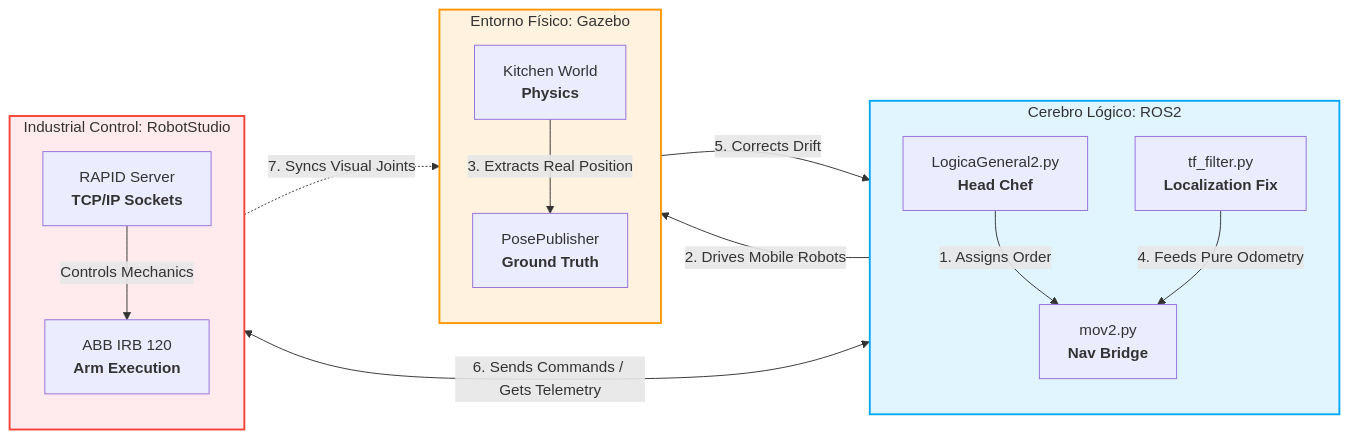
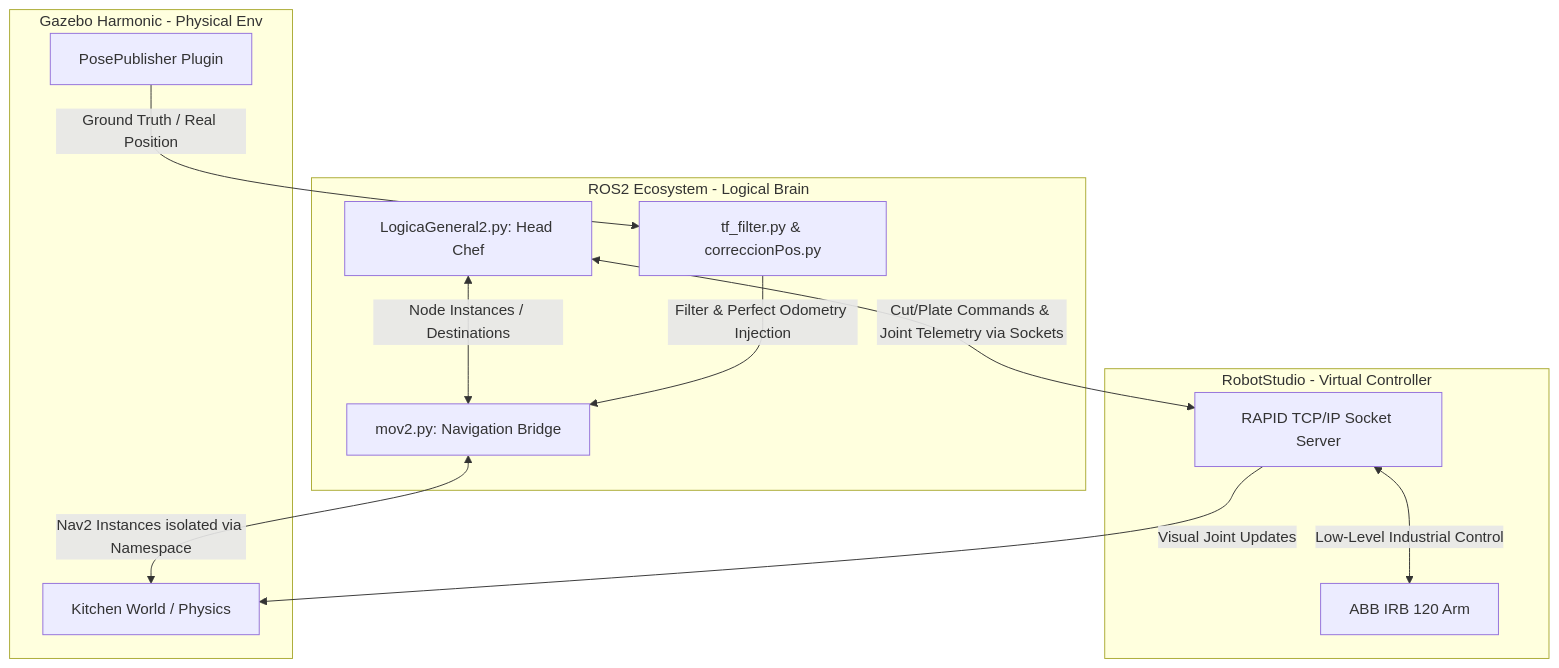
Before and after one commit to AlbertoPrats/Multiagent-Coordination-System-for-Robotic-Logistics: the diagram in README.md, drawn with Mermaid.

````diff
--- a/README.md
+++ b/README.md
@@ -97,40 +97,27 @@
-```mermaid
-graph LR
-    %% Main Blocks/Subgraphs
-    subgraph ROS2_Brain [Cerebro Lógico: ROS2]
-        direction TB
-        LG[LogicaGeneral2.py<br><b>Head Chef</b>]
-        M2[mov2.py<br><b>Nav Bridge</b>]
-        TF[tf_filter.py<br><b>Localization Fix</b>]
-        
-        LG -->|1. Assigns Order| M2
-        TF -->|4. Feeds Pure Odometry| M2
-    end
-
-    subgraph Simulation [Entorno Físico: Gazebo]
-        direction TB
-        GZ[Kitchen World<br><b>Physics</b>]
-        PP[PosePublisher<br><b>Ground Truth</b>]
-        
-        GZ -->|3. Extracts Real Position| PP
-    end
-
-    subgraph Industrial [Industrial Control: RobotStudio]
-        direction TB
-        RS[RAPID Server<br><b>TCP/IP Sockets</b>]
-        IRB[ABB IRB 120<br><b>Arm Execution</b>]
-        
-        RS -->|Controls Mechanics| IRB
-    end
-
-    %% Simple Inter-connections
-    M2 -->|2. Drives Mobile Robots| GZ
-    PP -->|5. Corrects Drift| TF
-    LG <-->|6. Sends Commands / Gets Telemetry| RS
-    RS -.->|7. Syncs Visual Joints| GZ
-
-    %% Visual Styling
-    style ROS2_Brain fill:#e1f5fe,stroke:#03a9f4,stroke-width:2px
-    style Simulation fill:#fff3e0,stroke:#ff9800,stroke-width:2px
-    style Industrial fill:#ffebee,stroke:#f44336,stroke-width:2px
+ ```mermaid
+    graph TD
+        subgraph ROS2 Ecosystem [ROS2 Ecosystem - Logical Brain]
+            LG[LogicaGeneral2.py: Head Chef]
+            M2[mov2.py: Navigation Bridge]
+            TF[tf_filter.py & correccionPos.py]
+        end
+    
+        subgraph Gazebo Simulator [Gazebo Harmonic - Physical Env]
+            GZ[Kitchen World / Physics]
+            PP[PosePublisher Plugin]
+        end
+    
+        subgraph ABB Environment [RobotStudio - Virtual Controller]
+            RS[RAPID TCP/IP Socket Server]
+            IRB[ABB IRB 120 Arm]
+        end
+    
+        %% Communication Flows
+        LG <-->|Node Instances / Destinations| M2
+        M2 <-->|Nav2 Instances isolated via Namespace| GZ
+        PP -->|Ground Truth / Real Position| TF
+        TF -->|Filter & Perfect Odometry Injection| M2
+        LG <-->|Cut/Plate Commands & Joint Telemetry via Sockets| RS
+        RS <-->|Low-Level Industrial Control| IRB
+        RS -->|Visual Joint Updates| GZ
 ```
````
